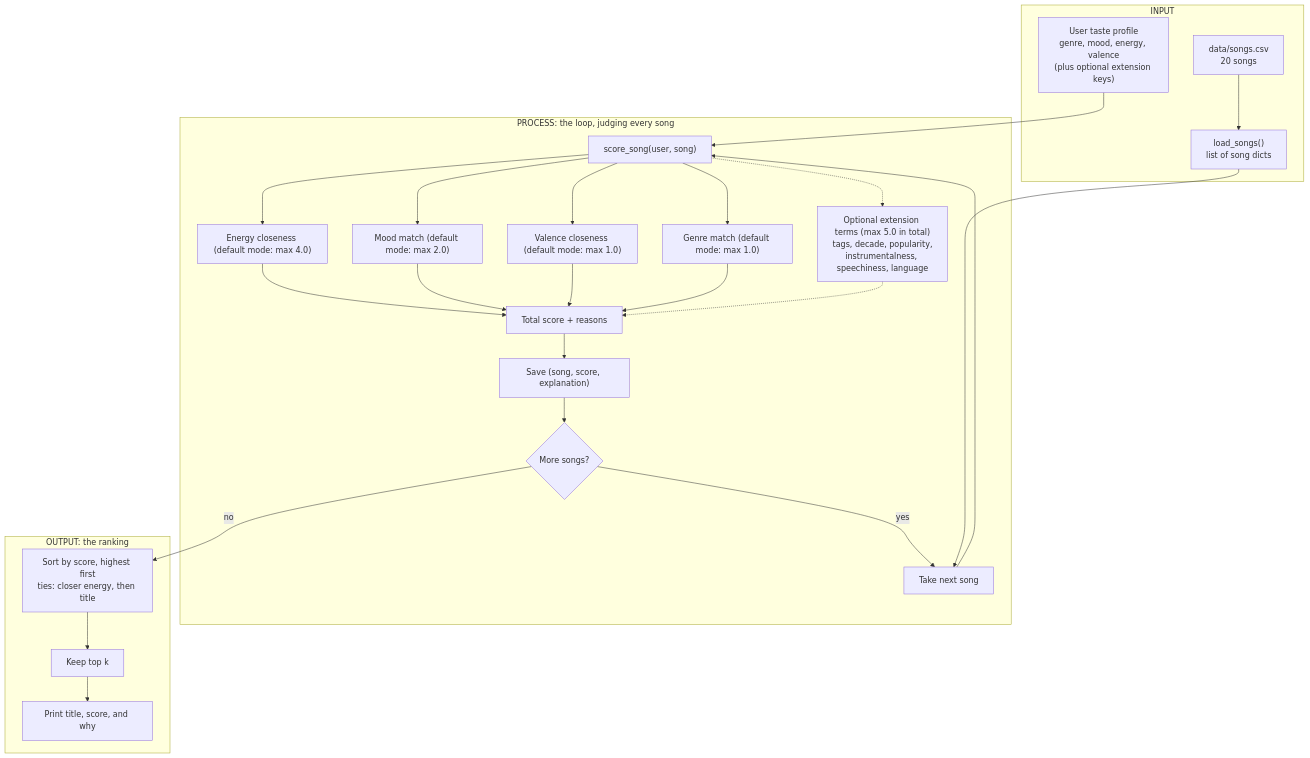
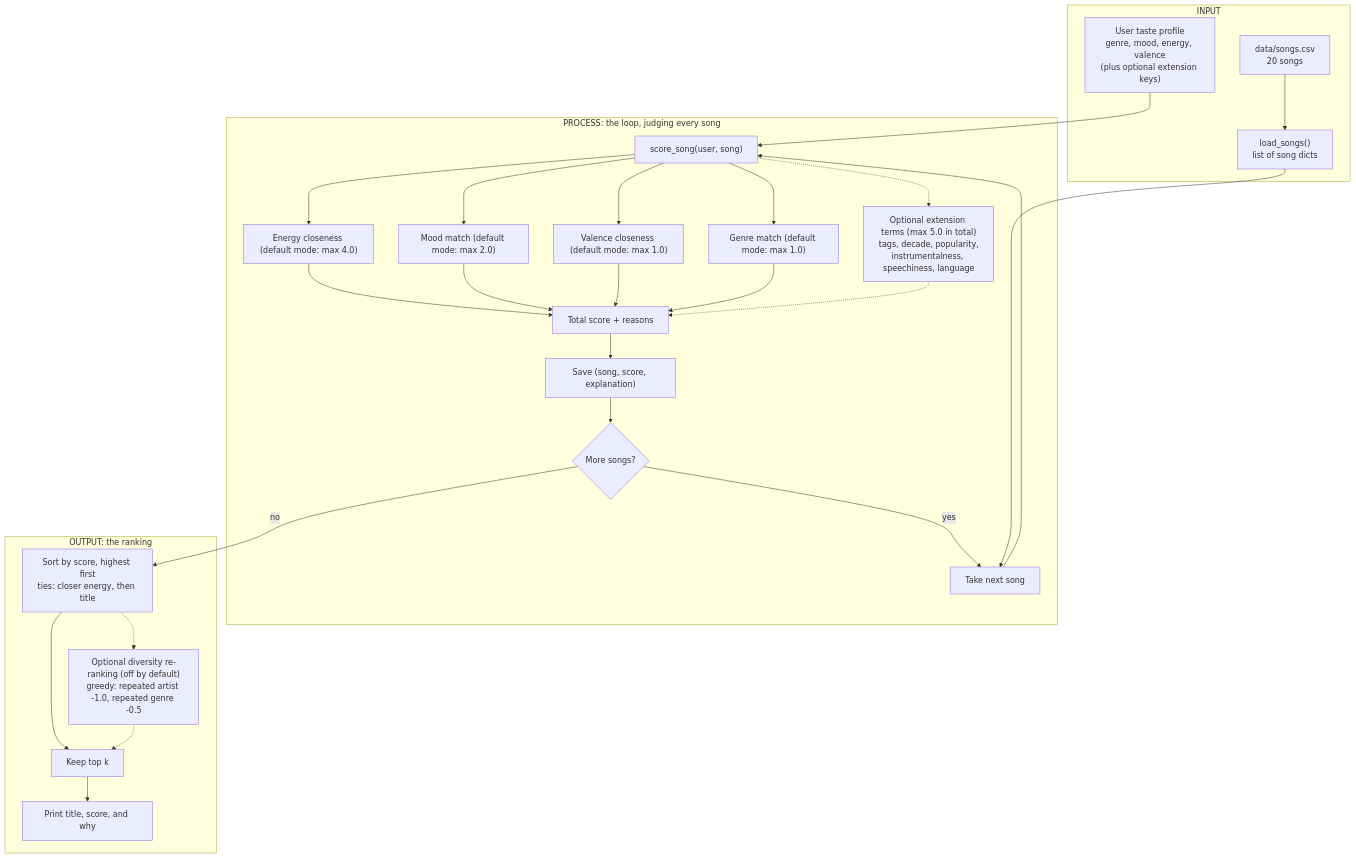
One commit to LittleNew008/ai110-module3show-musicrecommendersimulation-starter changed the diagram in README.md. Above: the diagram before and after it, drawn with Mermaid. The commit also changed other lines of this file and 5 other files, not shown here.

First line of the commit message:
Challenge 3: add optional diversity penalty

````diff
--- a/README.md
+++ b/README.md
@@ -34,33 +34,35 @@
 ```mermaid
 flowchart TD
     subgraph INPUT["INPUT"]
         U["User taste profile<br/>genre, mood, energy, valence<br/>(plus optional extension keys)"]
         CSV["data/songs.csv<br/>20 songs"] --> LOAD["load_songs()<br/>list of song dicts"]
     end
 
     subgraph PROCESS["PROCESS: the loop, judging every song"]
         NEXT["Take next song"] --> SCORE["score_song(user, song)"]
         SCORE --> E["Energy closeness (default mode: max 4.0)"]
         SCORE --> M["Mood match (default mode: max 2.0)"]
         SCORE --> V["Valence closeness (default mode: max 1.0)"]
         SCORE --> G["Genre match (default mode: max 1.0)"]
         SCORE -.-> X["Optional extension terms (max 5.0 in total)<br/>tags, decade, popularity,<br/>instrumentalness, speechiness, language"]
         E --> SUM["Total score + reasons"]
         M --> SUM
         V --> SUM
         G --> SUM
         X -.-> SUM
         SUM --> STORE["Save (song, score, explanation)"]
         STORE --> MORE{"More songs?"}
         MORE -->|yes| NEXT
     end
 
     subgraph OUTPUT["OUTPUT: the ranking"]
         SORT["Sort by score, highest first<br/>ties: closer energy, then title"] --> TOPK["Keep top k"]
+        SORT -.-> DIV["Optional diversity re-ranking (off by default)<br/>greedy: repeated artist -1.0, repeated genre -0.5"]
+        DIV -.-> TOPK
         TOPK --> SHOW["Print title, score, and why"]
     end
 
     U --> SCORE
     LOAD --> NEXT
     MORE -->|no| SORT
 ```
````
